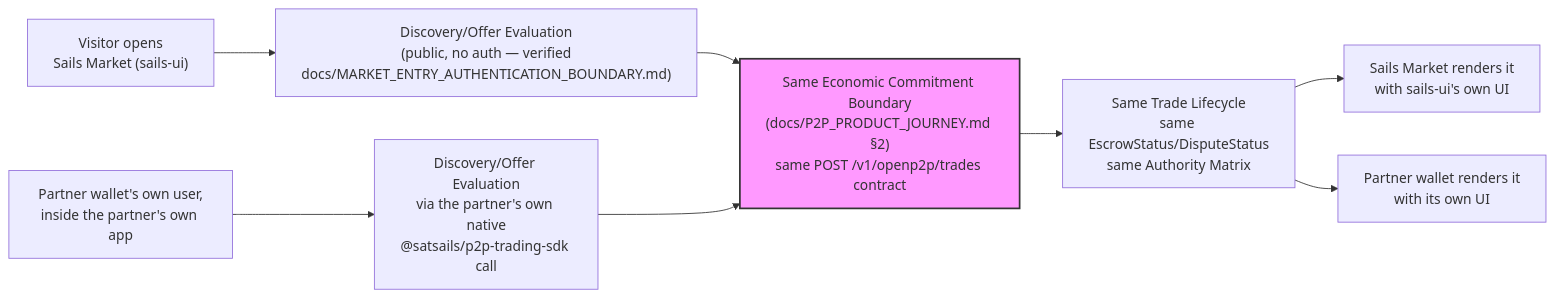
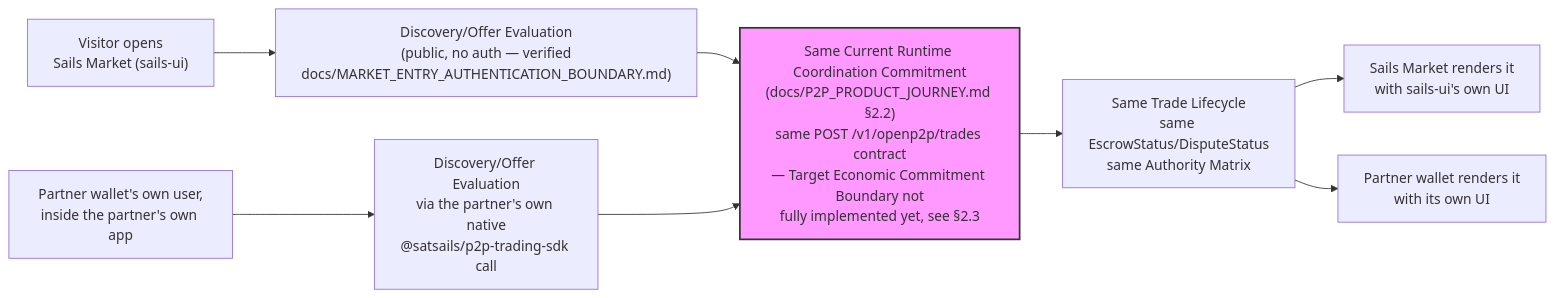
Before and after one commit to alan-schramm/Sails-Protocol: the second of 4 diagrams in docs/SAILS_MARKET_DISTRIBUTION_FLYWHEEL.md, drawn with Mermaid.

Commit message:
docs(product): fix S3 node label to match frozen commitment terminology (MARKET-FLYWHEEL-R3)
The SDK-vs-Universal-Access Convergence diagram's convergence node still
read "Same Economic Commitment Boundary" -- inconsistent with
P2P_PRODUCT_JOURNEY.md S2.2/S2.3's own correction (Trade creation is the
Current Runtime Coordination Commitment, not the complete Target
Economic Commitment Boundary). Relabeled to match, with a pointer to
S2.3 for the not-yet-implemented target. One node, one diagram; S2, S4,
S5 untouched.

````diff
--- a/docs/SAILS_MARKET_DISTRIBUTION_FLYWHEEL.md
+++ b/docs/SAILS_MARKET_DISTRIBUTION_FLYWHEEL.md
@@ -120,15 +120,15 @@
 ```mermaid
 flowchart LR
     V1["Visitor opens<br/>Sails Market (sails-ui)"] --> D1["Discovery/Offer Evaluation<br/>(public, no auth — verified<br/>docs/MARKET_ENTRY_AUTHENTICATION_BOUNDARY.md)"]
     V2["Partner wallet's own user,<br/>inside the partner's own app"] --> D2["Discovery/Offer Evaluation<br/>via the partner's own native<br/>@satsails/p2p-trading-sdk call"]
 
-    D1 --> C["Same Economic Commitment Boundary<br/>(docs/P2P_PRODUCT_JOURNEY.md §2)<br/>same POST /v1/openp2p/trades contract"]
+    D1 --> C["Same Current Runtime Coordination Commitment<br/>(docs/P2P_PRODUCT_JOURNEY.md §2.2)<br/>same POST /v1/openp2p/trades contract<br/>— Target Economic Commitment Boundary not<br/>fully implemented yet, see §2.3"]
     D2 --> C
 
     C --> T["Same Trade Lifecycle<br/>same EscrowStatus/DisputeStatus<br/>same Authority Matrix"]
 
     T --> R1["Sails Market renders it<br/>with sails-ui's own UI"]
     T --> R2["Partner wallet renders it<br/>with its own UI"]
 
     style C fill:#f9f,stroke:#333,stroke-width:2px
 ```
````
